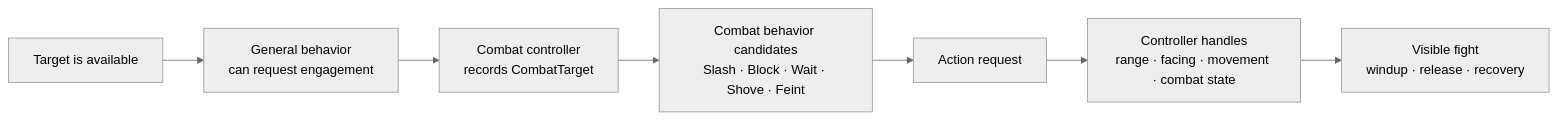
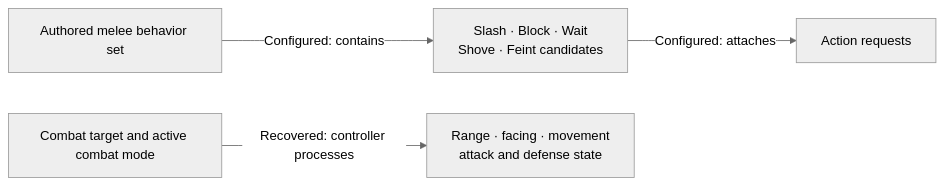
One commit to Knutschbert/ArgonSDK-FieldGuide changed the diagram in docs/Systems/Chivalry2/Bot Behavior/TLDR.md. Above: the diagram before and after it, drawn with Mermaid (neutral theme). The commit also changed other lines of this file and 9 other files, not shown here.

````diff
--- a/docs/Systems/Chivalry2/Bot Behavior/TLDR.md
+++ b/docs/Systems/Chivalry2/Bot Behavior/TLDR.md
@@ -10,12 +10,6 @@
 ```mermaid
 flowchart LR
-  A[Target is available]
-  B[General behavior<br/>can request engagement]
-  C[Combat controller<br/>records CombatTarget]
-  D[Combat behavior candidates<br/>Slash · Block · Wait · Shove · Feint]
-  E[Action request]
-  F[Controller handles<br/>range · facing · movement · combat state]
-  G[Visible fight<br/>windup · release · recovery]
-
-  A --> B --> C --> D --> E --> F --> G
+  S[Authored melee behavior set] -->|Configured: contains| B[Slash · Block · Wait<br/>Shove · Feint candidates]
+  B -->|Configured: attaches| A[Action requests]
+  T[Combat target and active combat mode] -->|Recovered: controller processes| N[Range · facing · movement<br/>attack and defense state]
 ```
````
